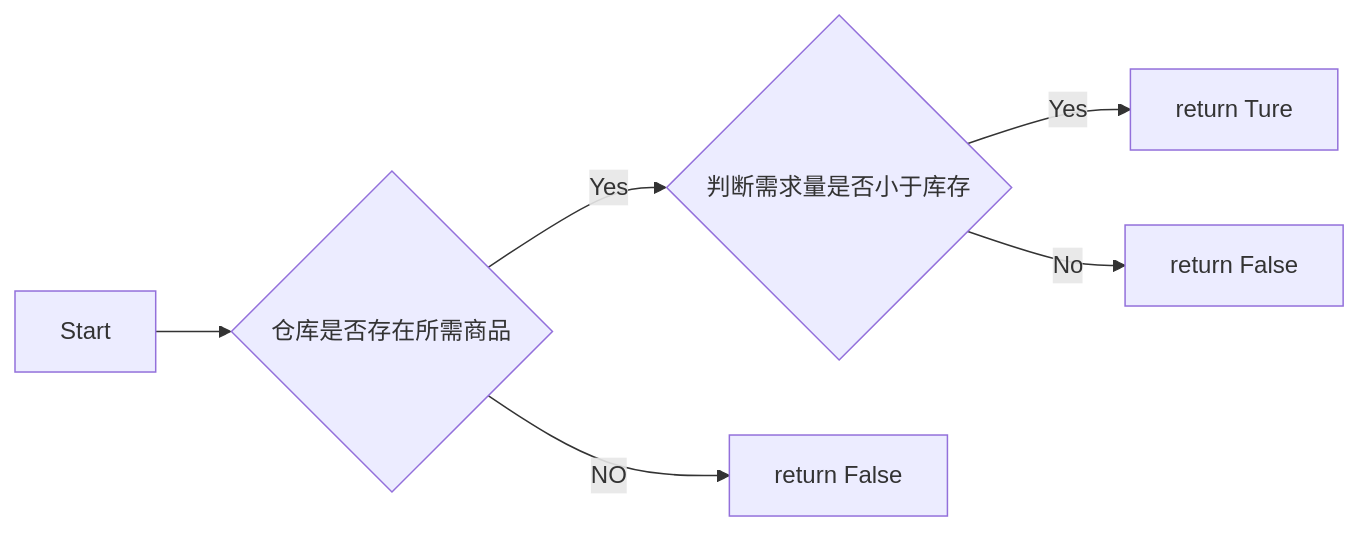
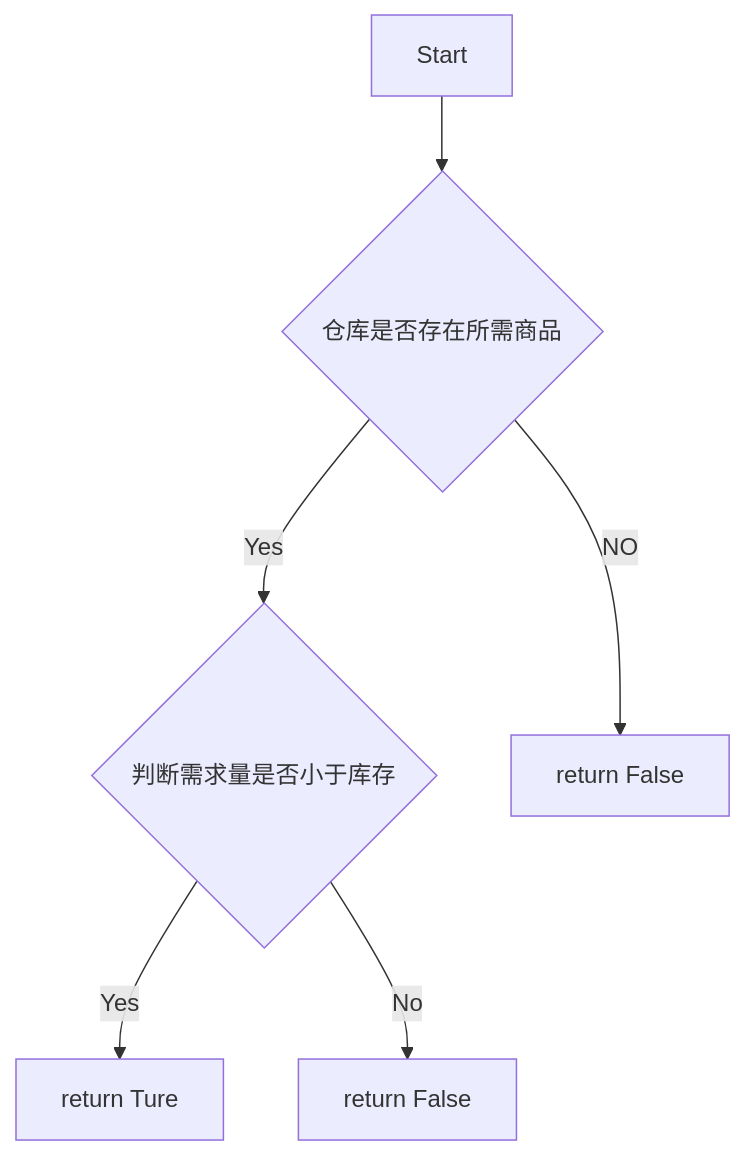
Before and after one commit to Muyu-ikun/python-report: the diagram in experiment4.md, drawn with Mermaid. The commit also changed 9 other files, not shown here.

````diff
--- a/experiment4.md
+++ b/experiment4.md
@@ -410,9 +410,9 @@
 ```mermaid
-flowchart LR
+flowchart TD
     A[Start] --> B{仓库是否存在所需商品}
     B -->|Yes|C{判断需求量是否小于库存}
     B -->|NO|D[return False]
     C -->|Yes|E[return Ture]
     C -->|No|F[return False]
 
 ```
````
